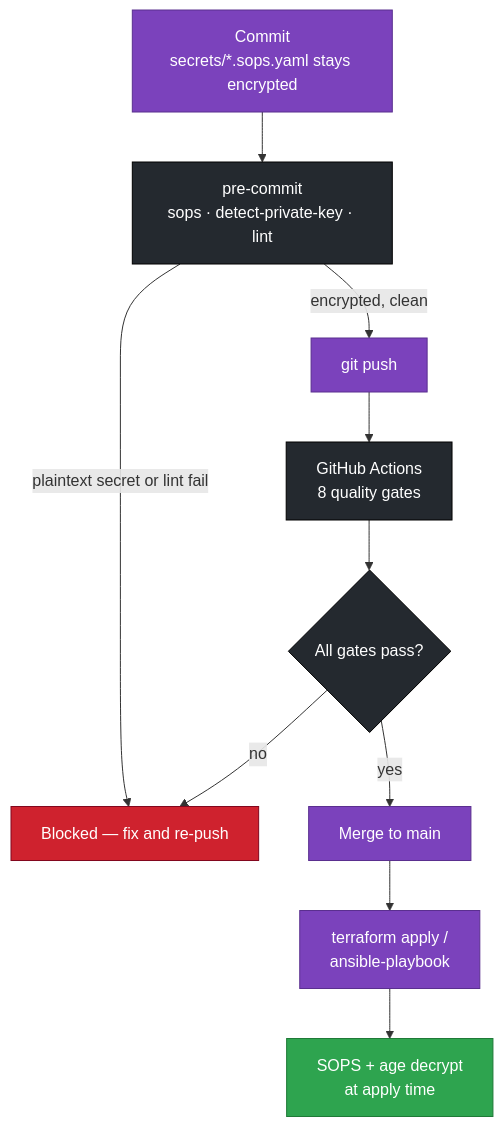
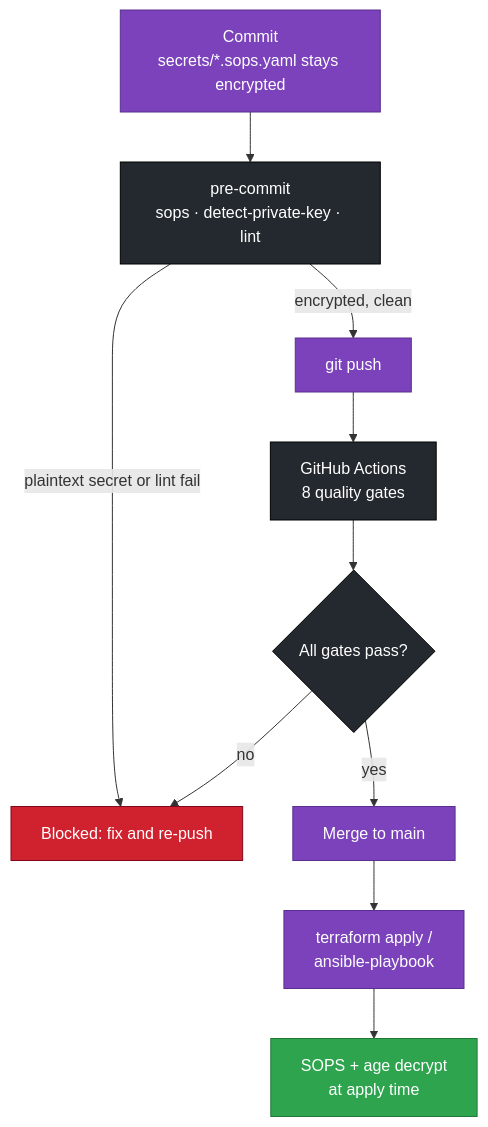
Before and after one commit to RashunB/Arr-Media-Platform-Project: the third of 3 diagrams in README.md, drawn with Mermaid. The commit also changed other lines of this file and 28 other files, not shown here.

````diff
--- a/README.md
+++ b/README.md
@@ -121,31 +121,31 @@
 ```mermaid
 flowchart TD
     DEV["Commit<br/>secrets/*.sops.yaml stays encrypted"]
     PC["pre-commit<br/>sops · detect-private-key · lint"]
-    BLOCK["Blocked — fix and re-push"]
+    BLOCK["Blocked: fix and re-push"]
     PUSH["git push"]
     CI["GitHub Actions<br/>8 quality gates"]
     GATE{"All gates pass?"}
     MERGE["Merge to main"]
     APPLY["terraform apply /<br/>ansible-playbook"]
     DECRYPT["SOPS + age decrypt<br/>at apply time"]
 
     DEV --> PC
     PC -->|encrypted, clean| PUSH
     PC -->|plaintext secret or lint fail| BLOCK
     PUSH --> CI
     CI --> GATE
     GATE -->|yes| MERGE
     GATE -->|no| BLOCK
     MERGE --> APPLY
     APPLY --> DECRYPT
 
     classDef ctrl fill:#7B42BC,color:#fff,stroke:#5a2f8f
     classDef secrets fill:#2ea44f,color:#fff,stroke:#1f7a37
     classDef ci fill:#24292f,color:#fff,stroke:#000
     classDef blocked fill:#cf222e,color:#fff,stroke:#82071e
     class DEV,PUSH,MERGE,APPLY ctrl
     class PC,CI,GATE ci
     class DECRYPT secrets
     class BLOCK blocked
 ```
````
